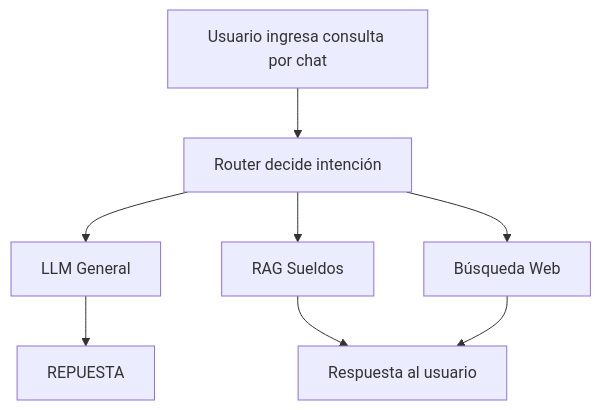
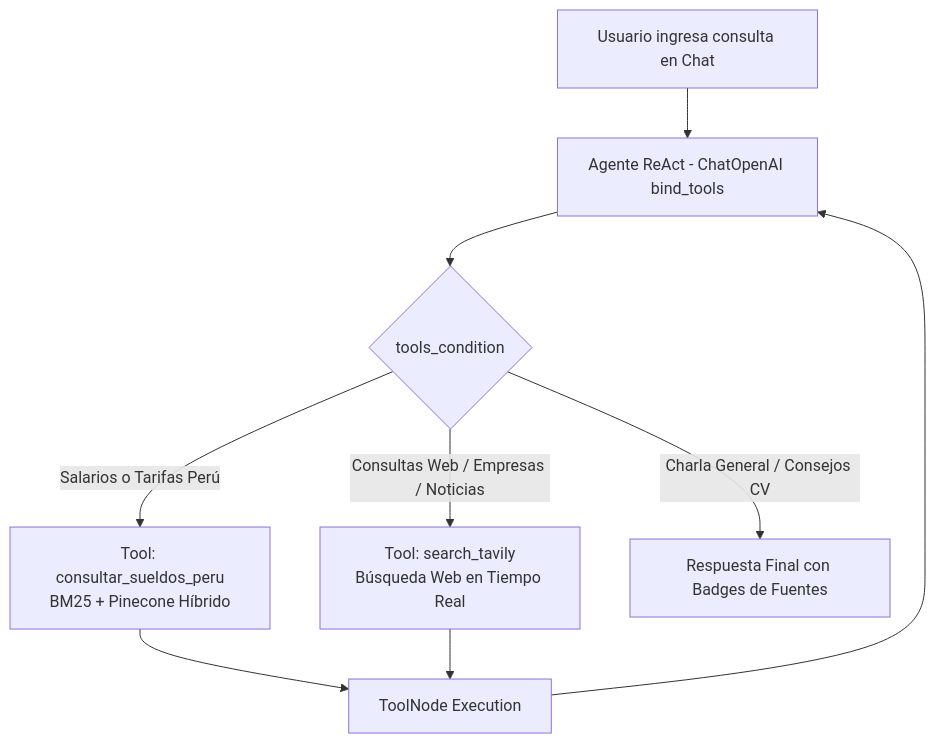
Before and after one commit to davidrodriguez2712/proyecto-2-cv-recomendador: the fourth of 6 diagrams in README.md, drawn with Mermaid. The commit also changed other lines of this file, not shown here.

Commit message:
docs: update README with ReAct architecture, endpoints, Docker Hub deployment, and test suite

````diff
--- a/README.md
+++ b/README.md
@@ -170,19 +172,21 @@
 ```mermaid
 flowchart TD
 
-USUARIO[Usuario ingresa consulta por chat]
-ROUTER[Router decide intención]
-GENERALISTA[LLM General]
-RAG[RAG Sueldos]
-WEB[Búsqueda Web]
-RESPUESTA[Respuesta al usuario]
+    USUARIO[Usuario ingresa consulta en Chat]
+    AGENT[Agente ReAct - ChatOpenAI bind_tools]
+    DECISION{tools_condition}
+    TOOL_SALARY[Tool: consultar_sueldos_peru<br>BM25 + Pinecone Híbrido]
+    TOOL_WEB[Tool: search_tavily<br>Búsqueda Web en Tiempo Real]
+    TOOLNODE[ToolNode Execution]
+    RESPUESTA[Respuesta Final con Badges de Fuentes]
 
-USUARIO --> ROUTER
-ROUTER --> GENERALISTA
-ROUTER --> RAG
-ROUTER --> WEB
-GENERALISTA --> REPUESTA
-RAG --> RESPUESTA
-WEB --> RESPUESTA
+    USUARIO --> AGENT
+    AGENT --> DECISION
+    DECISION -- Salarios o Tarifas Perú --> TOOL_SALARY
+    DECISION -- Consultas Web / Empresas / Noticias --> TOOL_WEB
+    DECISION -- Charla General / Consejos CV --> RESPUESTA
 
+    TOOL_SALARY --> TOOLNODE
+    TOOL_WEB --> TOOLNODE
+    TOOLNODE --> AGENT
 ```
````
